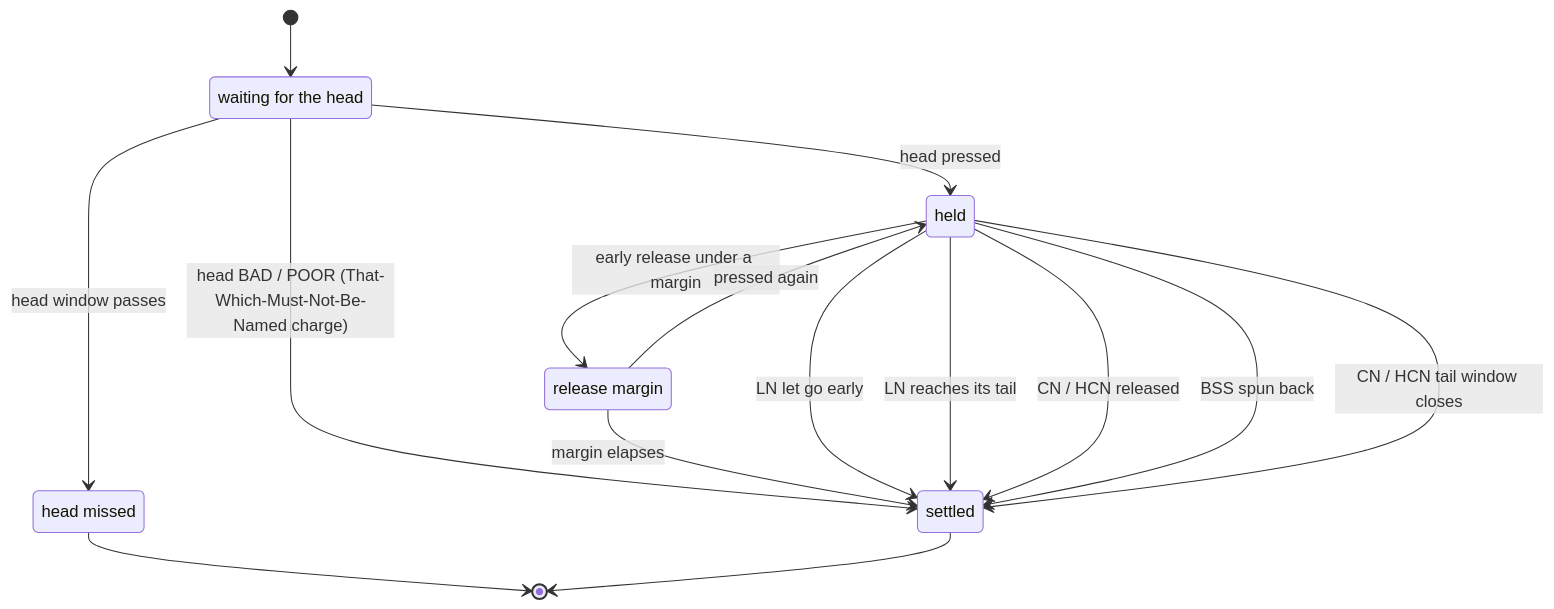
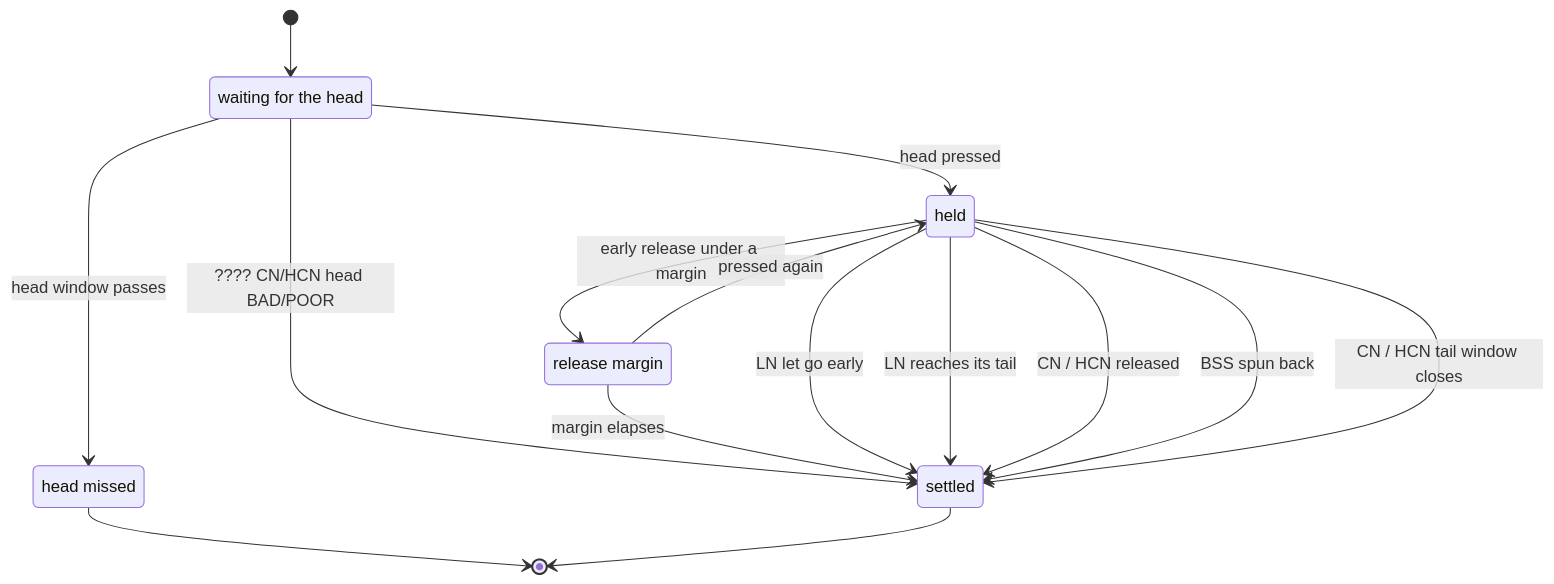
Before and after one commit to nulltask/be-music: the second of 2 diagrams in docs/player-judgment.md, drawn with Mermaid. The commit also changed 33 other files, not shown here.

````diff
--- a/docs/player-judgment.md
+++ b/docs/player-judgment.md
@@ -542,22 +542,22 @@
 ```mermaid
 stateDiagram-v2
   state "waiting for the head" as Pending
   state "held" as Held
   state "release margin" as Margin
   state "head missed" as Missed
   state "settled" as Done
   [*] --> Pending
   Pending --> Missed: head window passes
   Pending --> Held: head pressed
-  Pending --> Done: head BAD / POOR (That-Which-Must-Not-Be-Named charge)
+  Pending --> Done: ???? CN/HCN head BAD/POOR
   Held --> Margin: early release under a margin
   Margin --> Held: pressed again
   Margin --> Done: margin elapses
   Held --> Done: LN let go early
   Held --> Done: LN reaches its tail
   Held --> Done: CN / HCN released
   Held --> Done: BSS spun back
   Held --> Done: CN / HCN tail window closes
   Missed --> [*]
   Done --> [*]
 ```
````
